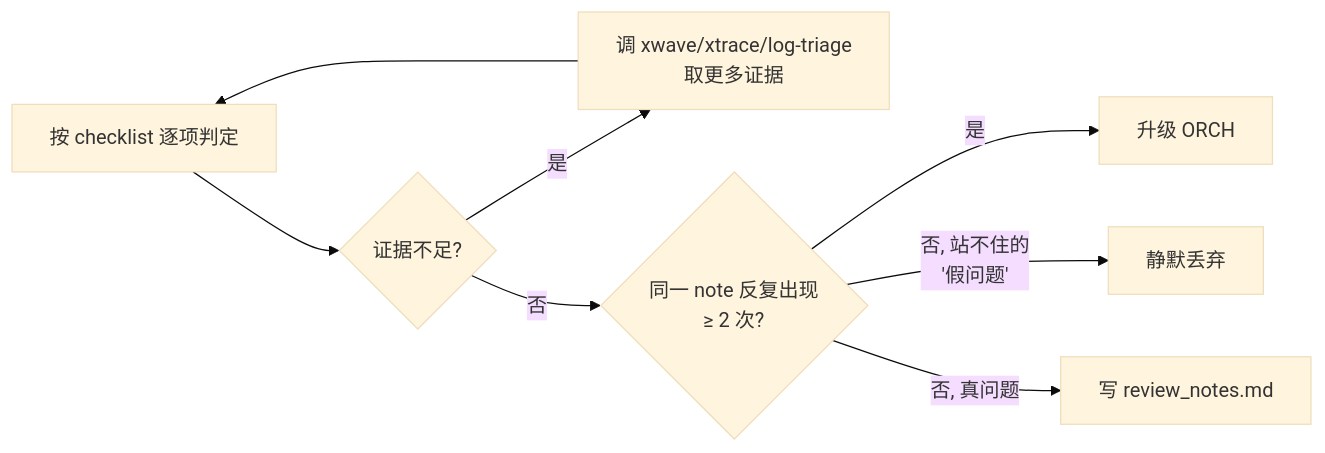
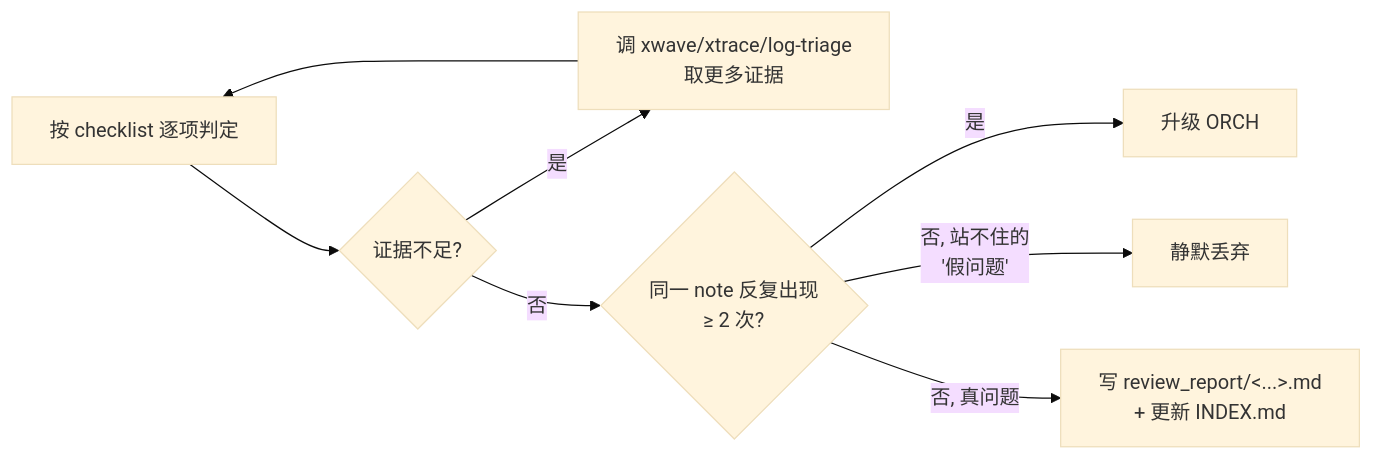
One commit to AArlert/rkv_v1pro_labs changed the diagram in ppa-lab-copilot/agents/reviewer.md. Above: the diagram before and after it, drawn with Mermaid (base theme). The commit also changed other lines of this file and 14 other files, not shown here.

First line of the commit message:
feat(ppa-lab-copilot): workflow v3 — state.md merge, review_report/ dir, orchestrator memory

````diff
--- a/ppa-lab-copilot/agents/reviewer.md
+++ b/ppa-lab-copilot/agents/reviewer.md
@@ -68,9 +79,9 @@
 ```mermaid
 flowchart LR
     V1["按 checklist 逐项判定"] --> V2{"证据不足?"}
     V2 -- "是" --> V3["调 xwave/xtrace/log-triage<br/>取更多证据"] --> V1
     V2 -- "否" --> V4{"同一 note 反复出现<br/>≥ 2 次?"}
     V4 -- "是" --> V5["升级 ORCH"]
     V4 -- "否, 站不住的<br/>'假问题'" --> V6["静默丢弃"]
-    V4 -- "否, 真问题" --> V7["写 review_notes.md"]
+    V4 -- "否, 真问题" --> V7["写 review_report/<...>.md<br/>+ 更新 INDEX.md"]
 ```
````
